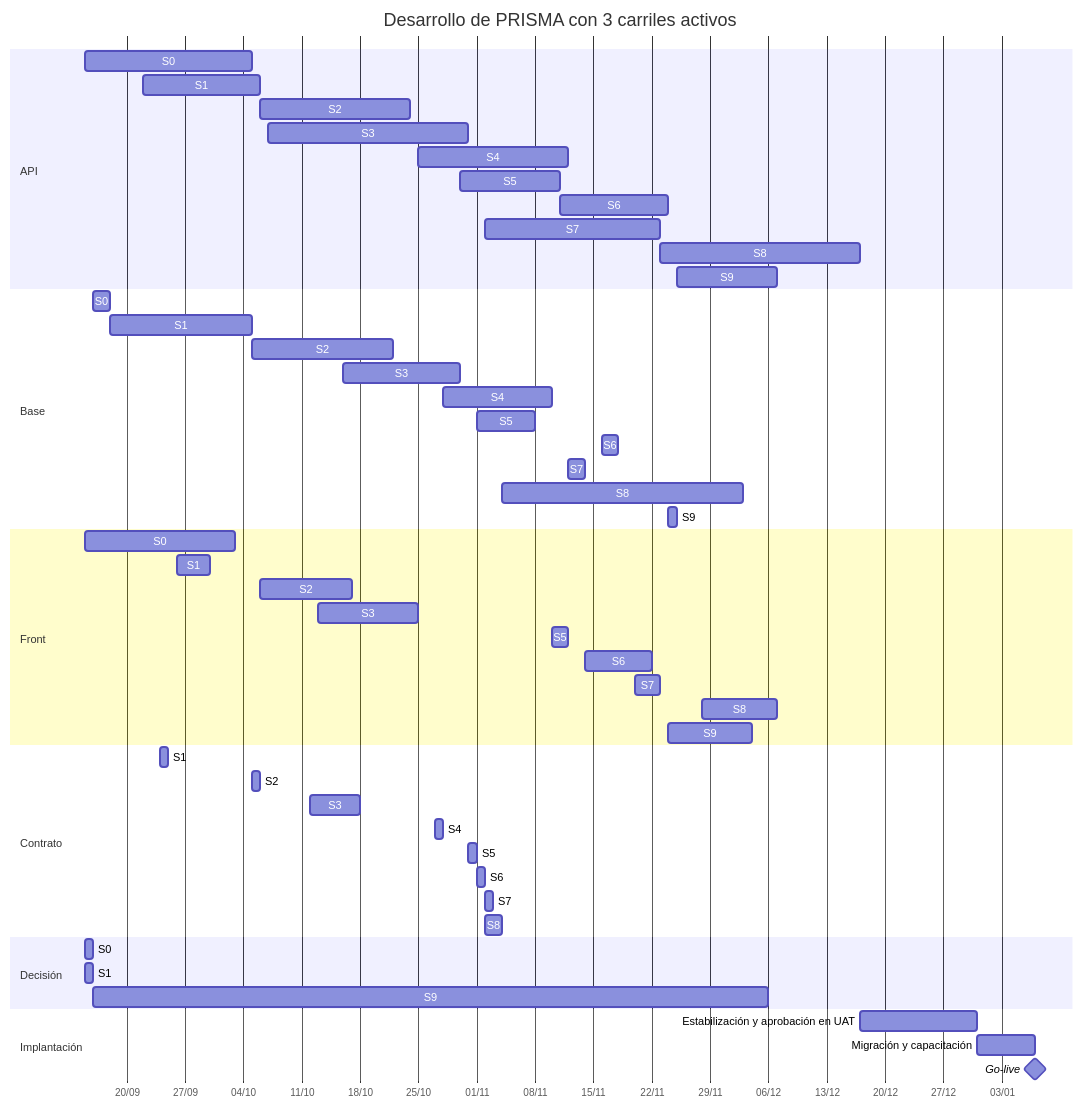
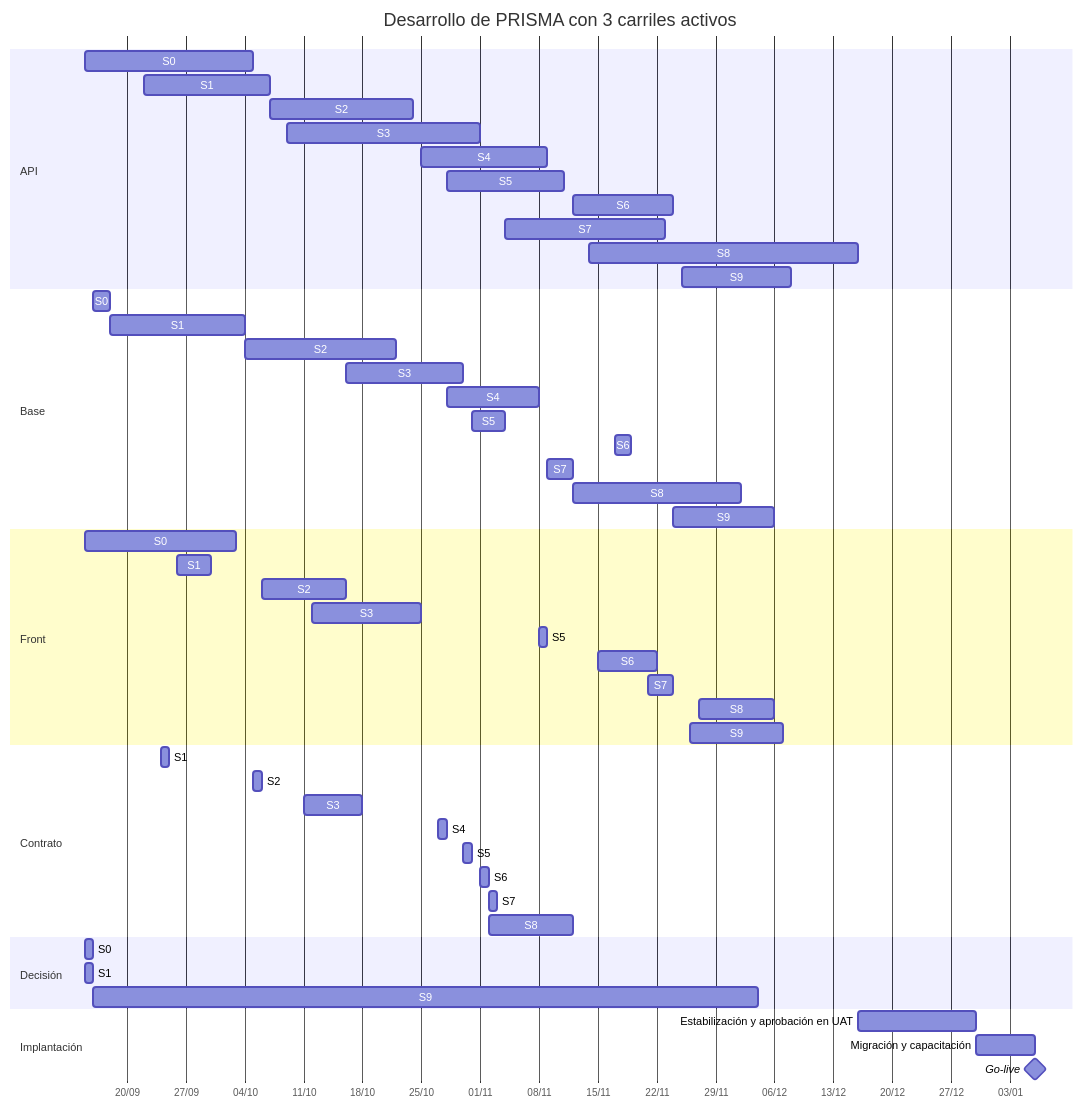
One commit to Juanchope039/Finanzas-PRISMA changed the first of 2 diagrams in docs/08-plan-de-desarrollo.md. Above: the diagram before and after it, drawn with Mermaid. The commit also changed other lines of this file and 26 other files, not shown here.

````diff
--- a/docs/08-plan-de-desarrollo.md
+++ b/docs/08-plan-de-desarrollo.md
@@ -241,61 +241,61 @@
 ```mermaid
 gantt
     title Desarrollo de PRISMA con 3 carriles activos
     dateFormat YYYY-MM-DD
     axisFormat %d/%m
 
     section API
     S0 :api0, 2026-09-15, 2026-10-05
-    S1 :api1, 2026-09-22, 2026-10-06
-    S2 :api2, 2026-10-06, 2026-10-24
-    S3 :api3, 2026-10-07, 2026-10-31
-    S4 :api4, 2026-10-25, 2026-11-12
-    S5 :api5, 2026-10-30, 2026-11-11
-    S6 :api6, 2026-11-11, 2026-11-24
-    S7 :api7, 2026-11-02, 2026-11-23
-    S8 :api8, 2026-11-23, 2026-12-17
-    S9 :api9, 2026-11-25, 2026-12-07
+    S1 :api1, 2026-09-22, 2026-10-07
+    S2 :api2, 2026-10-07, 2026-10-24
+    S3 :api3, 2026-10-09, 2026-11-01
+    S4 :api4, 2026-10-25, 2026-11-09
+    S5 :api5, 2026-10-28, 2026-11-11
+    S6 :api6, 2026-11-12, 2026-11-24
+    S7 :api7, 2026-11-04, 2026-11-23
+    S8 :api8, 2026-11-14, 2026-12-16
+    S9 :api9, 2026-11-25, 2026-12-08
 
     section Base
     S0 :base0, 2026-09-16, 2026-09-18
-    S1 :base1, 2026-09-18, 2026-10-05
-    S2 :base2, 2026-10-05, 2026-10-22
+    S1 :base1, 2026-09-18, 2026-10-04
+    S2 :base2, 2026-10-04, 2026-10-22
     S3 :base3, 2026-10-16, 2026-10-30
-    S4 :base4, 2026-10-28, 2026-11-10
-    S5 :base5, 2026-11-01, 2026-11-08
-    S6 :base6, 2026-11-16, 2026-11-18
-    S7 :base7, 2026-11-12, 2026-11-14
-    S8 :base8, 2026-11-04, 2026-12-03
-    S9 :base9, 2026-11-24, 2026-11-25
+    S4 :base4, 2026-10-28, 2026-11-08
+    S5 :base5, 2026-10-31, 2026-11-04
+    S6 :base6, 2026-11-17, 2026-11-19
+    S7 :base7, 2026-11-09, 2026-11-12
+    S8 :base8, 2026-11-12, 2026-12-02
+    S9 :base9, 2026-11-24, 2026-12-06
 
     section Front
     S0 :front0, 2026-09-15, 2026-10-03
     S1 :front1, 2026-09-26, 2026-09-30
-    S2 :front2, 2026-10-06, 2026-10-17
-    S3 :front3, 2026-10-13, 2026-10-25
-    S5 :front5, 2026-11-10, 2026-11-12
-    S6 :front6, 2026-11-14, 2026-11-22
-    S7 :front7, 2026-11-20, 2026-11-23
-    S8 :front8, 2026-11-28, 2026-12-07
-    S9 :front9, 2026-11-24, 2026-12-04
+    S2 :front2, 2026-10-06, 2026-10-16
+    S3 :front3, 2026-10-12, 2026-10-25
+    S5 :front5, 2026-11-08, 2026-11-09
+    S6 :front6, 2026-11-15, 2026-11-22
+    S7 :front7, 2026-11-21, 2026-11-24
+    S8 :front8, 2026-11-27, 2026-12-06
+    S9 :front9, 2026-11-26, 2026-12-07
 
     section Contrato
     S1 :contrato1, 2026-09-24, 2026-09-25
     S2 :contrato2, 2026-10-05, 2026-10-06
-    S3 :contrato3, 2026-10-12, 2026-10-18
+    S3 :contrato3, 2026-10-11, 2026-10-18
     S4 :contrato4, 2026-10-27, 2026-10-28
-    S5 :contrato5, 2026-10-31, 2026-11-01
+    S5 :contrato5, 2026-10-30, 2026-10-31
     S6 :contrato6, 2026-11-01, 2026-11-02
     S7 :contrato7, 2026-11-02, 2026-11-03
-    S8 :contrato8, 2026-11-02, 2026-11-04
+    S8 :contrato8, 2026-11-02, 2026-11-12
 
     section Decisión
     S0 :decisin0, 2026-09-15, 2026-09-16
     S1 :decisin1, 2026-09-15, 2026-09-16
-    S9 :decisin9, 2026-09-16, 2026-12-06
+    S9 :decisin9, 2026-09-16, 2026-12-04
 
     section Implantación
-    Estabilización y aprobación en UAT :est, 2026-12-17, 2026-12-31
-    Migración y capacitación :mig, 2026-12-31, 2027-01-07
-    Go-live :milestone, 2027-01-07, 0d
+    Estabilización y aprobación en UAT :est, 2026-12-16, 2026-12-30
+    Migración y capacitación :mig, 2026-12-30, 2027-01-06
+    Go-live :milestone, 2027-01-06, 0d
 ```
````
